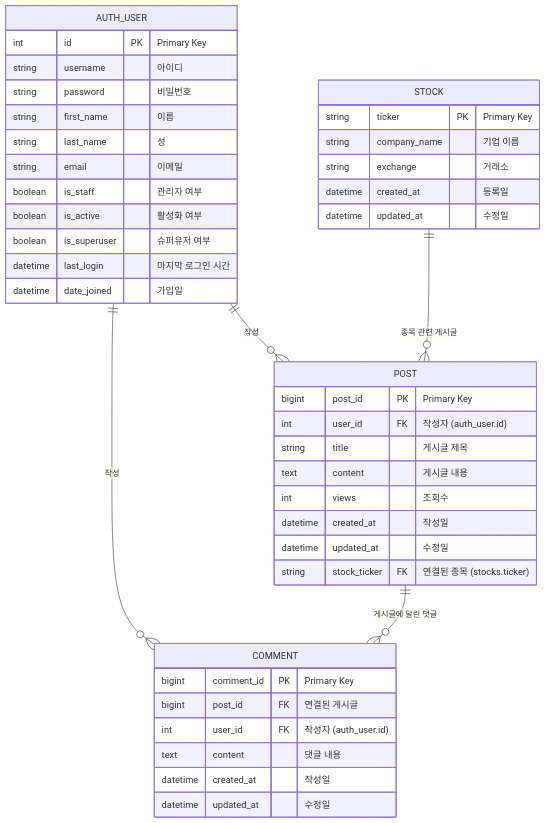
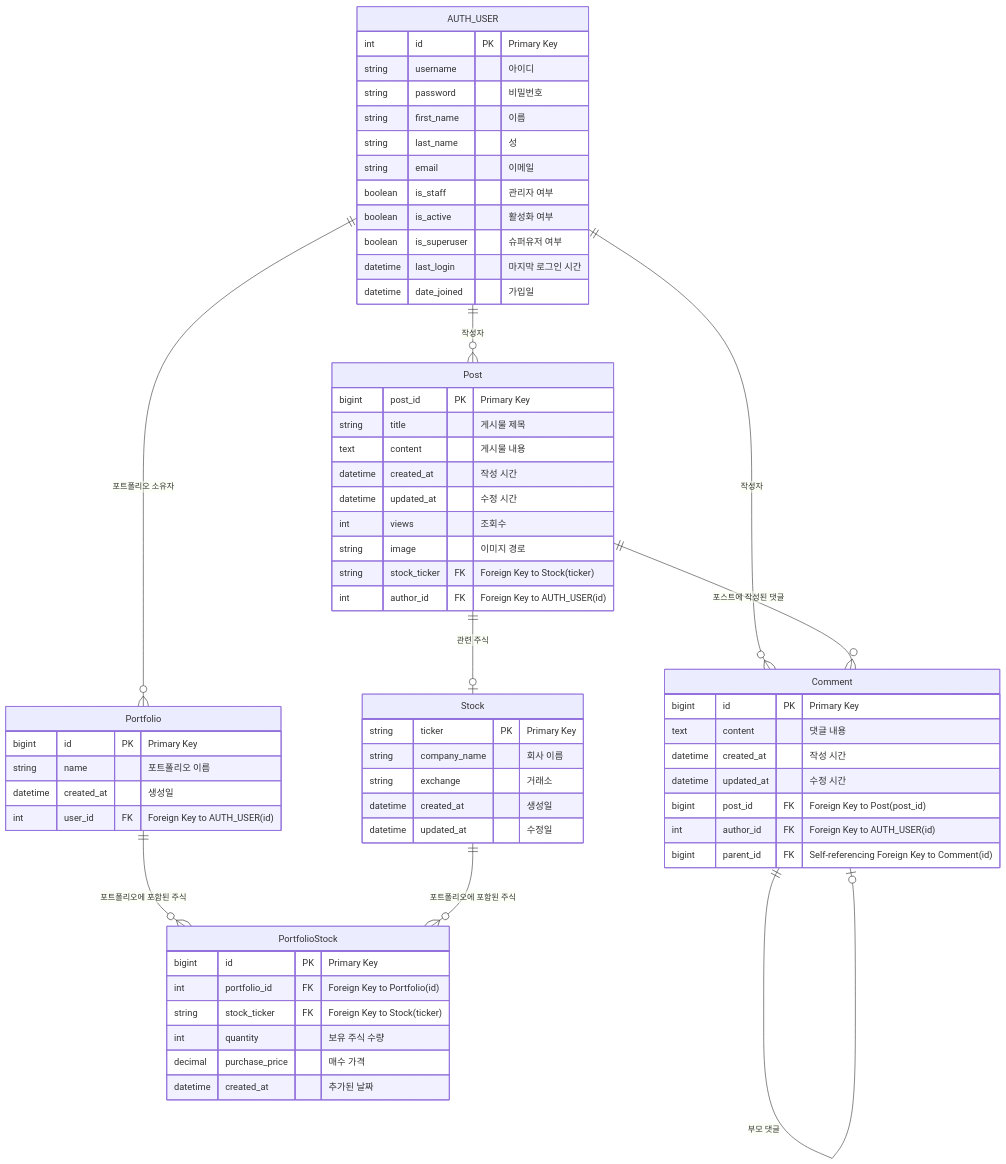
The third of 3 diagrams in README.md (Donggyu-Kim1/stalk), drawn with Mermaid before and after one commit. The commit also changed other lines of this file, not shown here.

````diff
--- a/README.md
+++ b/README.md
@@ -276,49 +313,72 @@
 ```mermaid
 erDiagram
     AUTH_USER {
         int id PK "Primary Key"
         string username "아이디"
         string password "비밀번호"
         string first_name "이름"
         string last_name "성"
         string email "이메일"
         boolean is_staff "관리자 여부"
         boolean is_active "활성화 여부"
         boolean is_superuser "슈퍼유저 여부"
         datetime last_login "마지막 로그인 시간"
         datetime date_joined "가입일"
     }
 
-    POST {
+    Post {
         bigint post_id PK "Primary Key"
-        int user_id FK "작성자 (auth_user.id)"
-        string title "게시글 제목"
-        text content "게시글 내용"
+        string title "게시물 제목"
+        text content "게시물 내용"
+        datetime created_at "작성 시간"
+        datetime updated_at "수정 시간"
         int views "조회수"
-        datetime created_at "작성일"
-        datetime updated_at "수정일"
-        string stock_ticker FK "연결된 종목 (stocks.ticker)"
+        string image "이미지 경로"
+        string stock_ticker FK "Foreign Key to Stock(ticker)"
+        int author_id FK "Foreign Key to AUTH_USER(id)"
     }
 
-    COMMENT {
-        bigint comment_id PK "Primary Key"
-        bigint post_id FK "연결된 게시글"
-        int user_id FK "작성자 (auth_user.id)"
+    Comment {
+        bigint id PK "Primary Key"
         text content "댓글 내용"
-        datetime created_at "작성일"
+        datetime created_at "작성 시간"
+        datetime updated_at "수정 시간"
+        bigint post_id FK "Foreign Key to Post(post_id)"
+        int author_id FK "Foreign Key to AUTH_USER(id)"
+        bigint parent_id FK "Self-referencing Foreign Key to Comment(id)"
+    }
+
+    Portfolio {
+        bigint id PK "Primary Key"
+        string name "포트폴리오 이름"
+        datetime created_at "생성일"
+        int user_id FK "Foreign Key to AUTH_USER(id)"
+    }
+
+    PortfolioStock {
+        bigint id PK "Primary Key"
+        int portfolio_id FK "Foreign Key to Portfolio(id)"
+        string stock_ticker FK "Foreign Key to Stock(ticker)"
+        int quantity "보유 주식 수량"
+        decimal purchase_price "매수 가격"
+        datetime created_at "추가된 날짜"
+    }
+
+    Stock {
+        string ticker PK "Primary Key"
+        string company_name "회사 이름"
+        string exchange "거래소"
+        datetime created_at "생성일"
         datetime updated_at "수정일"
     }
 
-    STOCK {
-        string ticker PK "Primary Key"
-        string company_name "기업 이름"
-        string exchange "거래소"
-        datetime created_at "등록일"
-        datetime updated_at "수정일"
-    }
-
-    AUTH_USER ||--o{ POST : "작성"
-    AUTH_USER ||--o{ COMMENT : "작성"
-    POST ||--o{ COMMENT : "게시글에 달린 댓글"
-    STOCK ||--o{ POST : "종목 관련 게시글"
+    %% Relationships
+    AUTH_USER ||--o{ Post : "작성자"
+    AUTH_USER ||--o{ Comment : "작성자"
+    AUTH_USER ||--o{ Portfolio : "포트폴리오 소유자"
+    Post ||--o{ Comment : "포스트에 작성된 댓글"
+    Post ||--o| Stock : "관련 주식"
+    Comment ||--o| Comment : "부모 댓글"
+    Portfolio ||--o{ PortfolioStock : "포트폴리오에 포함된 주식"
+    Stock ||--o{ PortfolioStock : "포트폴리오에 포함된 주식"
 ```
````
